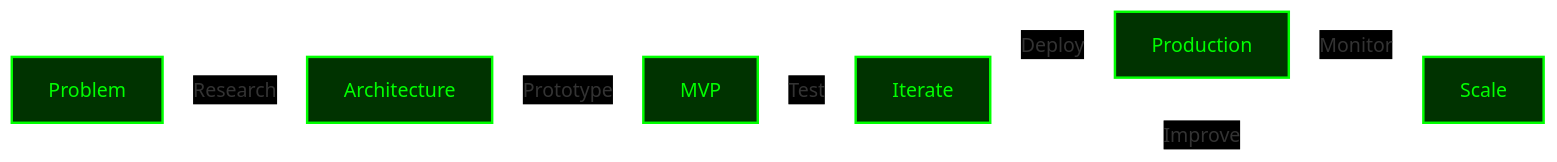
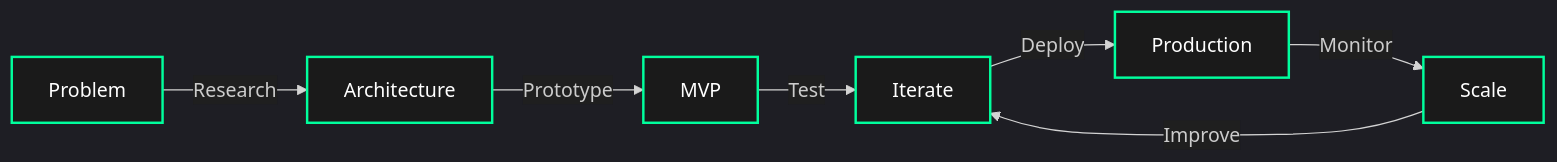
One commit to jaiswalraj03014/jaiswalraj03014 changed the diagram in README.md. Above: the diagram before and after it, drawn with Mermaid.

Commit message:
Update Mermaid diagram theme and styles in README

````diff
--- a/README.md
+++ b/README.md
@@ -141,16 +141,28 @@
 ```mermaid
-%%{init: {'theme': 'base', 'themeVariables': { 'primaryColor': '#00ff00', 'background': '#000000', 'mainBkg': '#000000', 'edgeLabelBackground':'#000000', 'tertiaryColor': '#000000'}}}%%
+
+%%{init: {'theme': 'dark', 'themeVariables': { 'primaryColor': '#2b2b2b', 'edgeLabelBackground':'#1f1f1f', 'tertiaryColor': '#1f1f1f'}}}%%
+
 graph LR
+
     A[Problem] -->|Research| B[Architecture]
+
     B -->|Prototype| C[MVP]
+
     C -->|Test| D[Iterate]
+
     D -->|Deploy| E[Production]
+
     E -->|Monitor| F[Scale]
+
     F -->|Improve| D
 
-    %% Define a single "hacking green" style for all nodes
-    classDef hackingGreen fill:#003300,stroke:#00ff00,stroke-width:2px,color:#00ff00;
 
-    %% Apply the new style to all nodes
-    class A,B,C,D,E,F hackingGreen
+
+    classDef neonGreen fill:#1a1a1a,stroke:#00ff9d,stroke-width:2px,color:#fff;
+
+
+
+
+    class A,B,C,D,E,F neonGreen
+
 ```
````
